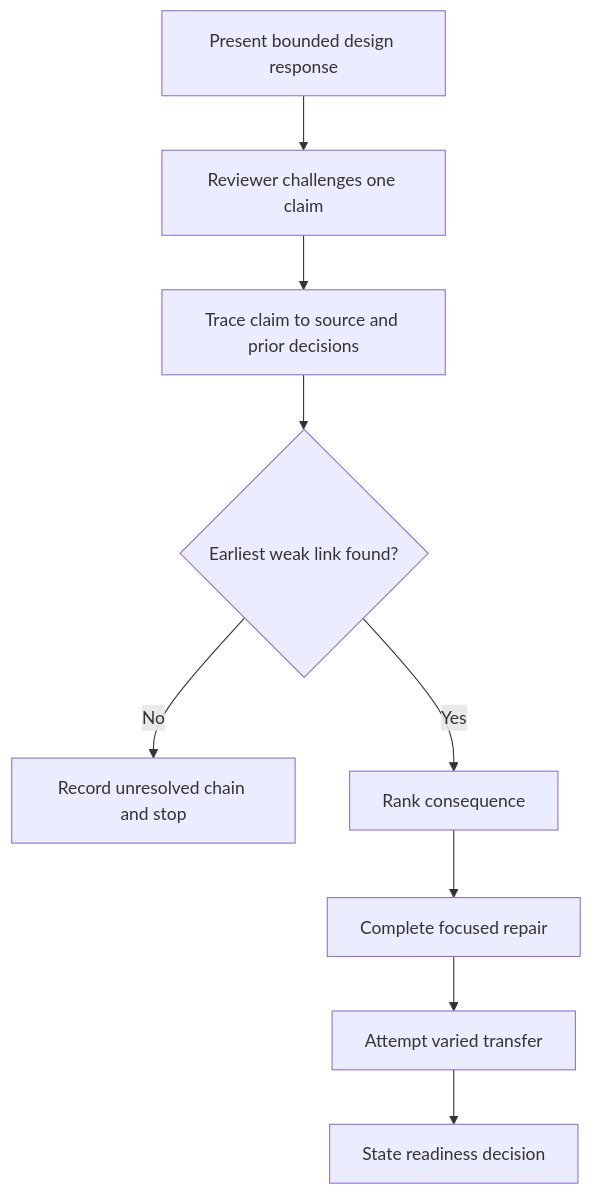
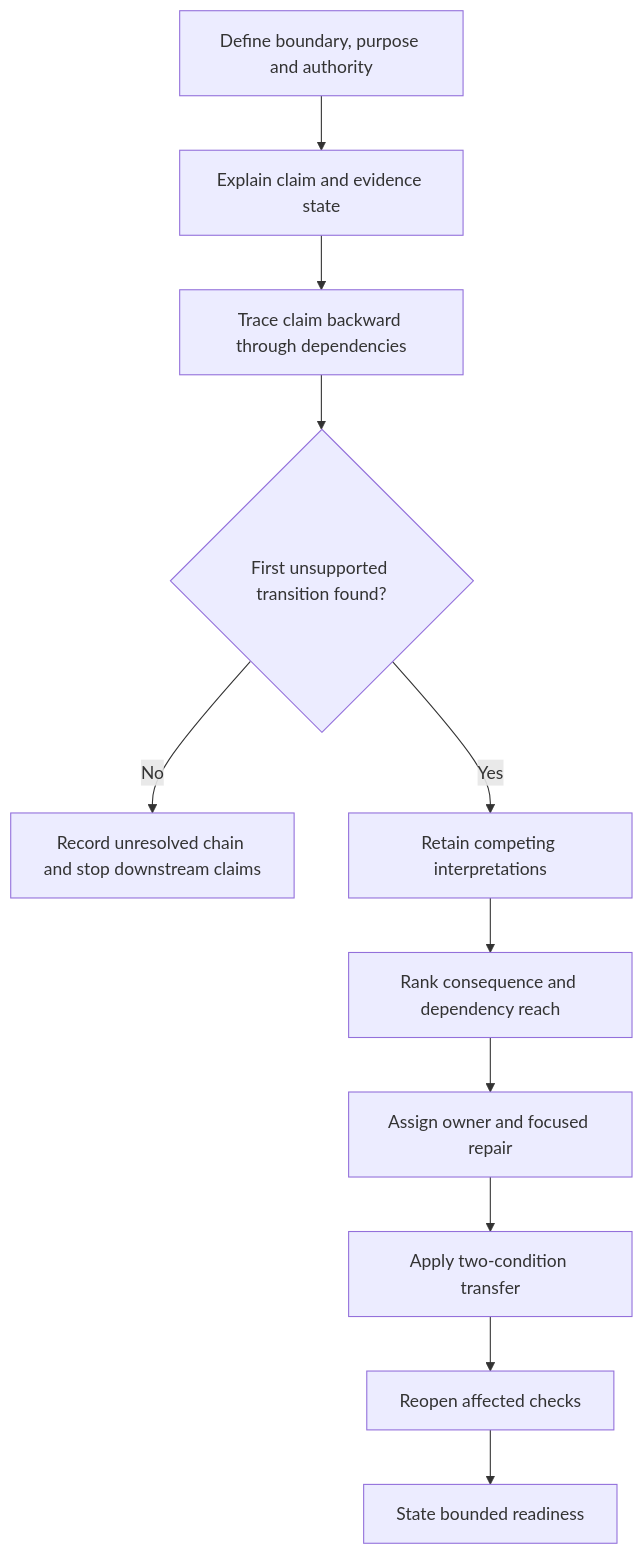
The first of 2 diagrams in docs/learning-plans/12-week/modules/day-35-week-5-design-review-conference-and-remediation.md (andrew3stedall/capstone), drawn with Mermaid before and after one commit. The commit also changed other lines of this file, not shown here.

Commit message:
Improve Day 35 design-review conference

````diff
--- a/docs/learning-plans/12-week/modules/day-35-week-5-design-review-conference-and-remediation.md
+++ b/docs/learning-plans/12-week/modules/day-35-week-5-design-review-conference-and-remediation.md
@@ -61,11 +88,13 @@
 ```mermaid
 flowchart TD
-    A[Present bounded design response] --> B[Reviewer challenges one claim]
-    B --> C[Trace claim to source and prior decisions]
-    C --> D{Earliest weak link found?}
-    D -->|No| E[Record unresolved chain and stop]
-    D -->|Yes| F[Rank consequence]
-    F --> G[Complete focused repair]
-    G --> H[Attempt varied transfer]
-    H --> I[State readiness decision]
+    A[Define boundary, purpose and authority] --> B[Explain claim and evidence state]
+    B --> C[Trace claim backward through dependencies]
+    C --> D{First unsupported transition found?}
+    D -->|No| E[Record unresolved chain and stop downstream claims]
+    D -->|Yes| F[Retain competing interpretations]
+    F --> G[Rank consequence and dependency reach]
+    G --> H[Assign owner and focused repair]
+    H --> I[Apply two-condition transfer]
+    I --> J[Reopen affected checks]
+    J --> K[State bounded readiness]
 ```
````
